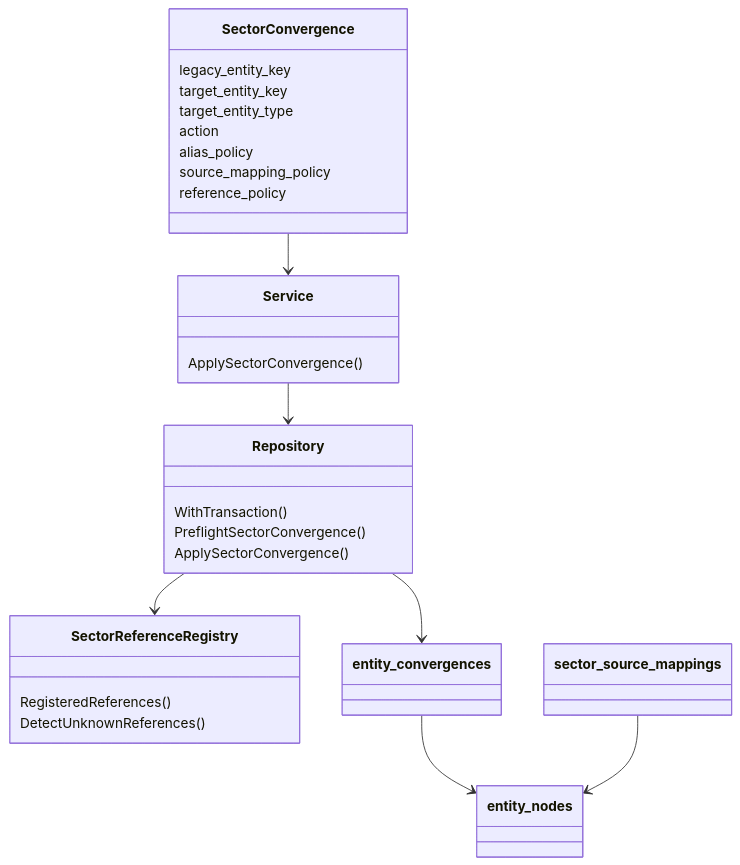
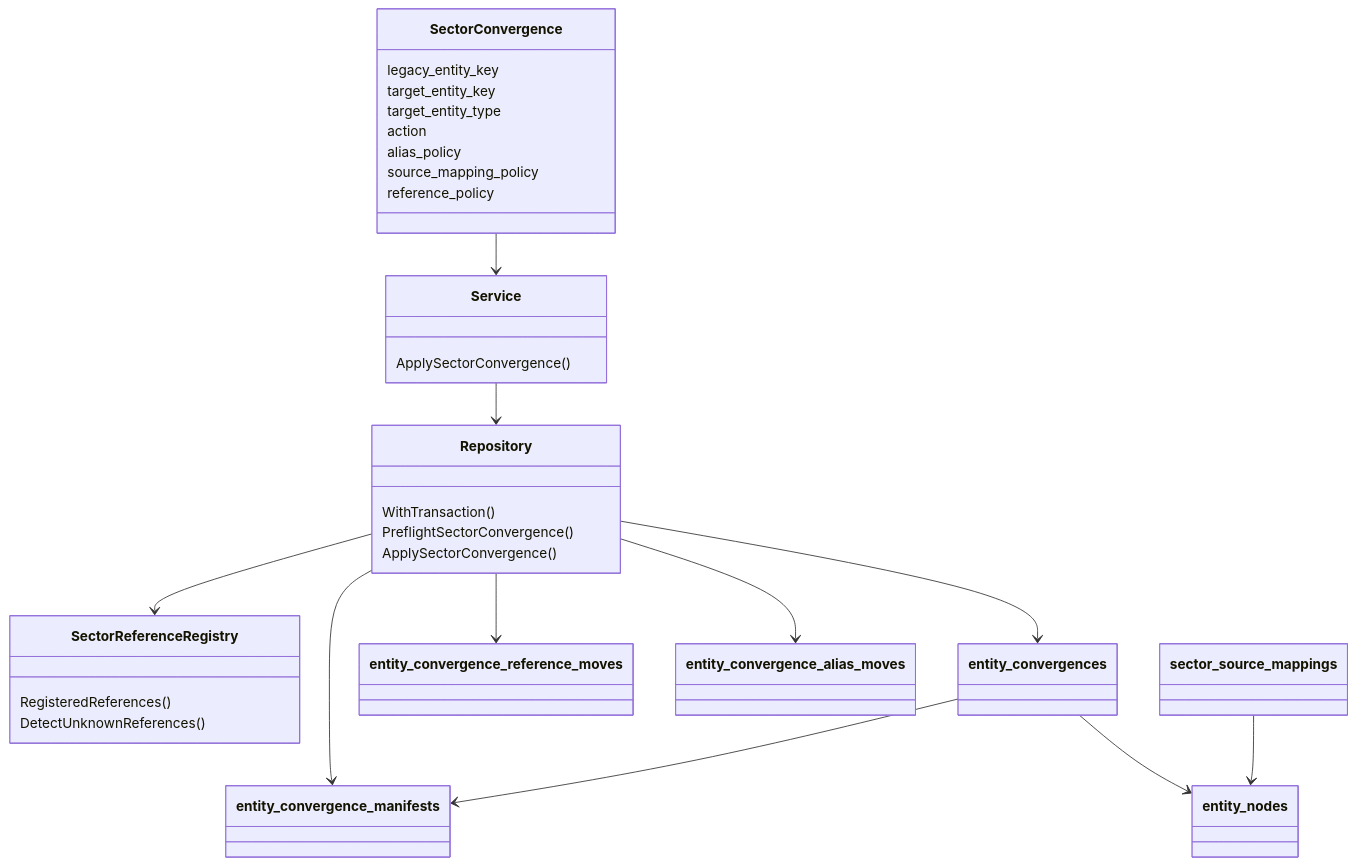
The third of 5 diagrams in openspec/changes/add-market-sector-foundation/design.md (meierlink88/tidewise-ai), drawn with Mermaid before and after one commit. The commit also changed other lines of this file and 3 other files, not shown here.

````diff
--- a/openspec/changes/add-market-sector-foundation/design.md
+++ b/openspec/changes/add-market-sector-foundation/design.md
@@ -380,33 +414,40 @@
 ```mermaid
 classDiagram
     class SectorConvergence {
       legacy_entity_key
       target_entity_key
       target_entity_type
       action
       alias_policy
       source_mapping_policy
       reference_policy
     }
     class Service {
       ApplySectorConvergence()
     }
     class Repository {
       WithTransaction()
       PreflightSectorConvergence()
       ApplySectorConvergence()
     }
     class SectorReferenceRegistry {
       RegisteredReferences()
       DetectUnknownReferences()
     }
     class entity_convergences
+    class entity_convergence_manifests
+    class entity_convergence_reference_moves
+    class entity_convergence_alias_moves
     class entity_nodes
     class sector_source_mappings
     SectorConvergence --> Service
     Service --> Repository
     Repository --> SectorReferenceRegistry
     Repository --> entity_convergences
+    Repository --> entity_convergence_manifests
+    Repository --> entity_convergence_reference_moves
+    Repository --> entity_convergence_alias_moves
+    entity_convergences --> entity_convergence_manifests
     entity_convergences --> entity_nodes
     sector_source_mappings --> entity_nodes
 ```
````
